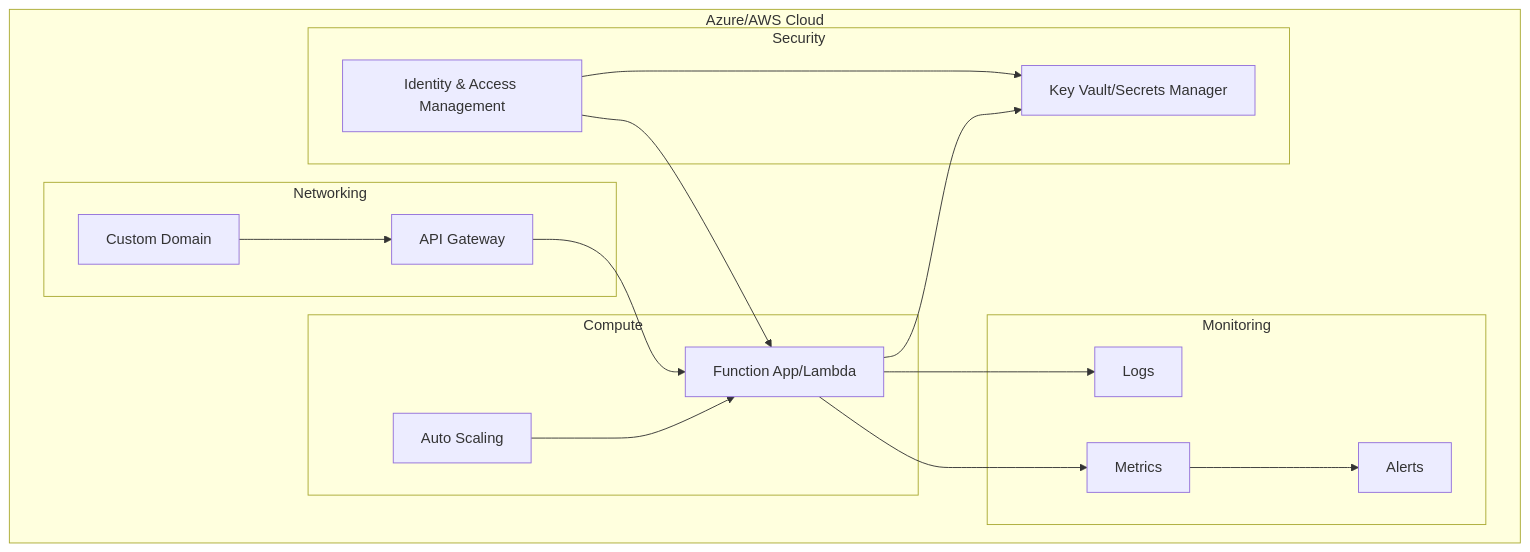
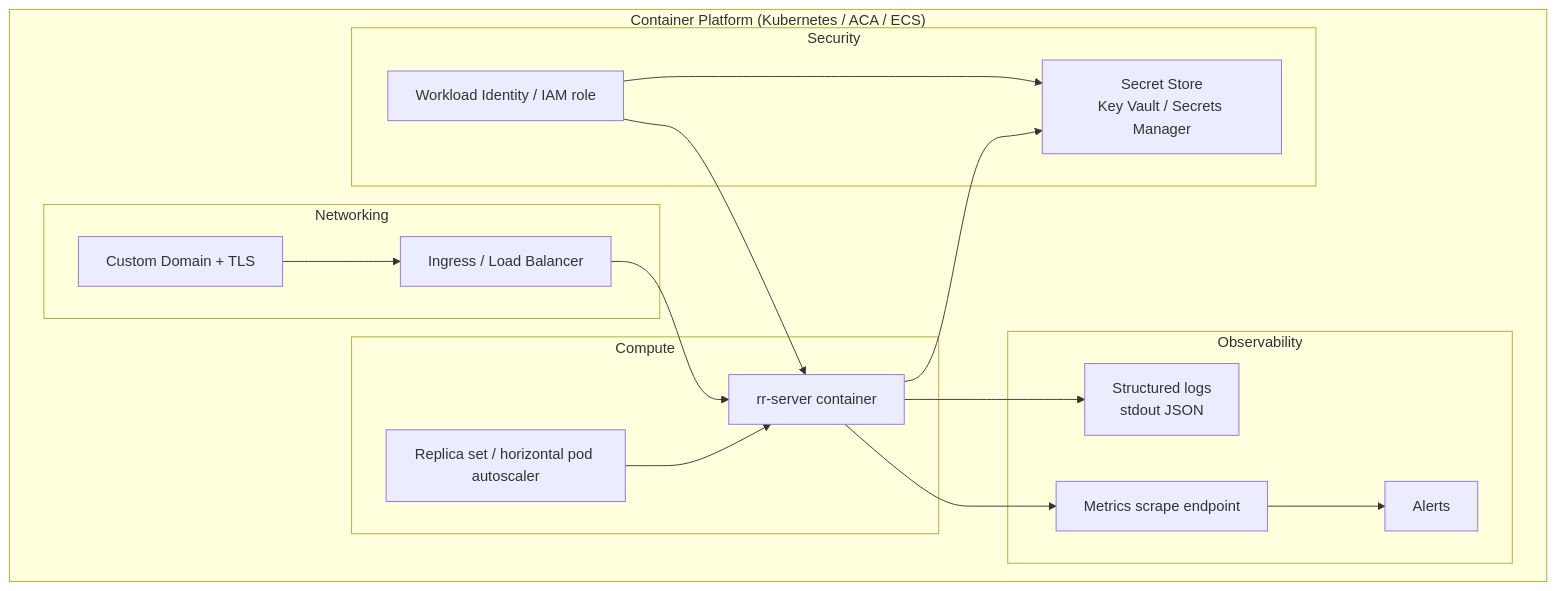
The sixth of 9 diagrams in docs/specs/architecture/overview.md (pvandervelde/release_regent), drawn with Mermaid before and after one commit. The commit also changed other lines of this file, not shown here.

Commit message:
docs(spec): replace stale serverless deployment section with container model
- System Context diagram: 'Serverless hosting platform' -> 'Container orchestration platform'
- Deployment Architecture section renamed from 'Serverless Deployment' to
  'Container Deployment' and rewritten:
  - Mermaid diagram replaced with container-oriented view (replicas, ingress,
    workload identity, structured log stdout)
  - Compute: Dockerfile pattern, HPA scaling, health probe endpoints
  - Storage: bounded mpsc channel noted for temporary storage
  - Network: ingress controller replaces API Gateway / serverless load balancing

````diff
--- a/docs/specs/architecture/overview.md
+++ b/docs/specs/architecture/overview.md
@@ -261,35 +265,35 @@
 ```mermaid
 graph TB
-    subgraph "Azure/AWS Cloud"
+    subgraph "Container Platform (Kubernetes / ACA / ECS)"
         subgraph "Compute"
-            F[Function App/Lambda]
-            S[Auto Scaling]
+            C[rr-server container]
+            RS[Replica set / horizontal pod autoscaler]
         end
 
         subgraph "Security"
-            KV[Key Vault/Secrets Manager]
-            IAM[Identity & Access Management]
+            KV[Secret Store\nKey Vault / Secrets Manager]
+            IAM[Workload Identity / IAM role]
         end
 
-        subgraph "Monitoring"
-            L[Logs]
-            M[Metrics]
+        subgraph "Observability"
+            L[Structured logs\nstdout JSON]
+            M[Metrics scrape endpoint]
             A[Alerts]
         end
 
         subgraph "Networking"
-            GW[API Gateway]
-            DNS[Custom Domain]
+            ING[Ingress / Load Balancer]
+            DNS[Custom Domain + TLS]
         end
     end
 
-    F --> KV
-    F --> L
-    F --> M
-    S --> F
-    GW --> F
-    DNS --> GW
-    IAM --> F
+    C --> KV
+    C --> L
+    C --> M
+    RS --> C
+    ING --> C
+    DNS --> ING
+    IAM --> C
     IAM --> KV
     M --> A
 ```
````
